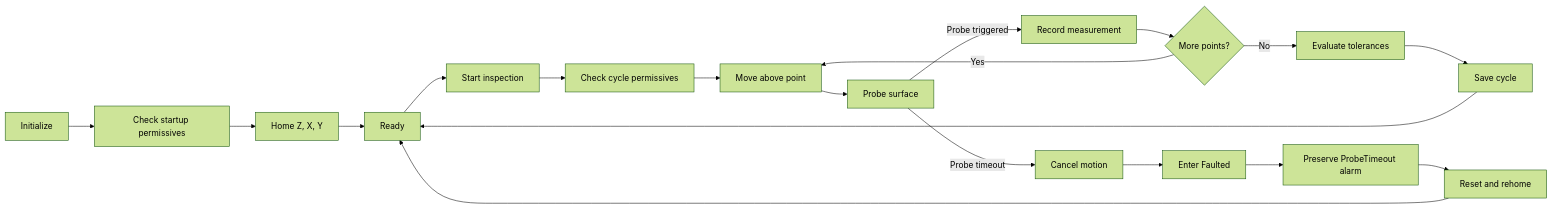
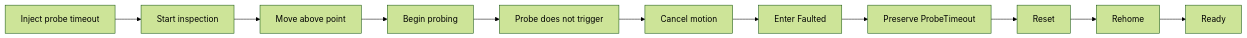
The first of 2 diagrams in README.md (parthoece/multiaxis-motion-sim), drawn with Mermaid (forest theme) before and after one commit. The commit also changed other lines of this file, not shown here.

````diff
--- a/README.md
+++ b/README.md
@@ -64,23 +123,13 @@
 ```mermaid
 flowchart LR
-    A[Initialize] --> B[Check startup permissives]
-    B --> C[Home Z, X, Y]
-    C --> D[Ready]
-    D --> E[Start inspection]
-    E --> F[Check cycle permissives]
-    F --> G[Move above point]
-    G --> H[Probe surface]
-
-    H -->|Probe triggered| I[Record measurement]
-    I --> J{More points?}
-    J -->|Yes| G
-    J -->|No| K[Evaluate tolerances]
-    K --> L[Save cycle]
-    L --> D
-
-    H -->|Probe timeout| M[Cancel motion]
-    M --> N[Enter Faulted]
-    N --> O[Preserve ProbeTimeout alarm]
-    O --> P[Reset and rehome]
-    P --> D
+    A[Inject probe timeout] --> B[Start inspection]
+    B --> C[Move above point]
+    C --> D[Begin probing]
+    D --> E[Probe does not trigger]
+    E --> F[Cancel motion]
+    F --> G[Enter Faulted]
+    G --> H[Preserve ProbeTimeout]
+    H --> I[Reset]
+    I --> J[Rehome]
+    J --> K[Ready]
 ```
````
